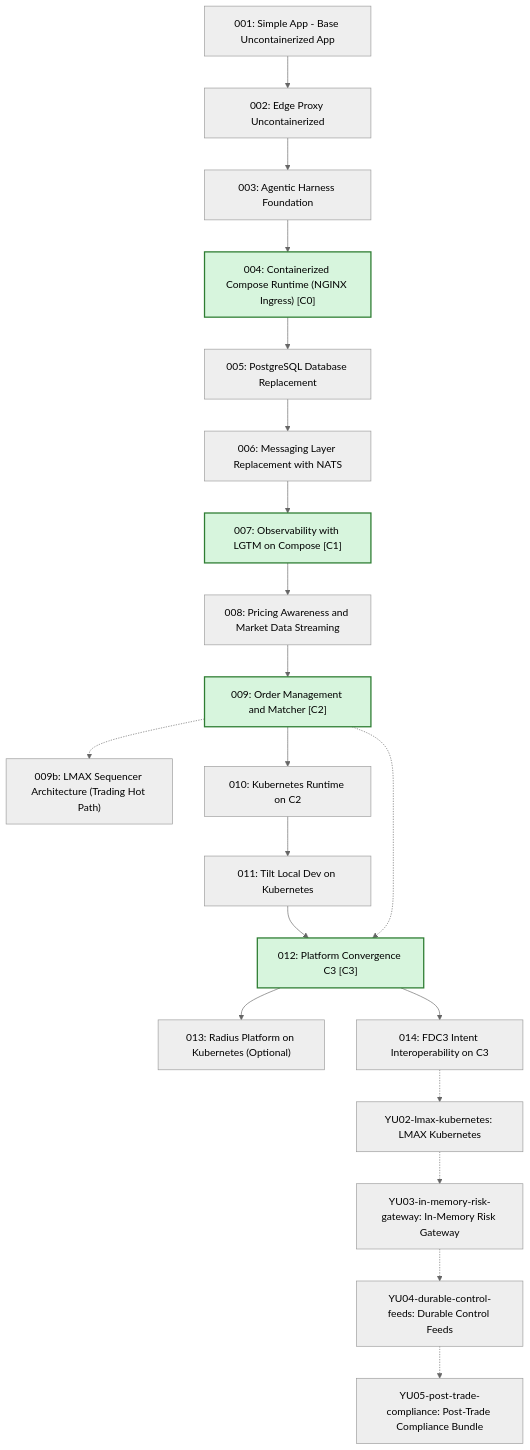
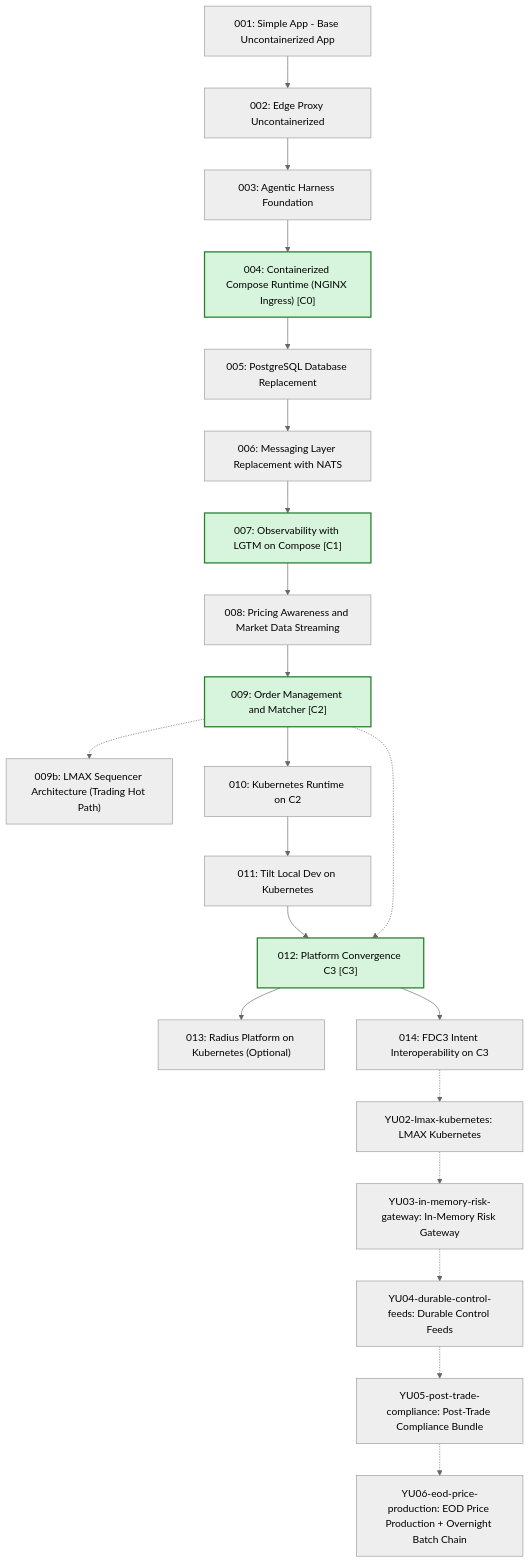
One commit to YU-CS-Summer-2026-Distributed-TraderX/traderX changed the second of 3 diagrams in docs/learning-paths/index.md. Above: the diagram before and after it, drawn with Mermaid (neutral theme). The commit also changed other lines of this file and 16 other files, not shown here.

First line of the commit message:
YU06-eod-price-production: generation wiring + doc sync

````diff
--- a/docs/learning-paths/index.md
+++ b/docs/learning-paths/index.md
@@ -36,65 +36,68 @@
 ```mermaid
 flowchart TB
   S001_baseline_uncontainerized_parity["001: Simple App - Base Uncontainerized App"]
   S002_edge_proxy_uncontainerized["002: Edge Proxy Uncontainerized"]
   S003_agentic_harness_foundation["003: Agentic Harness Foundation"]
   S004_containerized_compose_runtime["004: Containerized Compose Runtime (NGINX Ingress) [C0]"]
   S005_postgres_database_replacement["005: PostgreSQL Database Replacement"]
   S006_messaging_nats_replacement["006: Messaging Layer Replacement with NATS"]
   S007_observability_lgtm_compose["007: Observability with LGTM on Compose [C1]"]
   S008_pricing_awareness_market_data["008: Pricing Awareness and Market Data Streaming"]
   S009_order_management_matcher["009: Order Management and Matcher [C2]"]
   S009b_lmax_sequencer_architecture["009b: LMAX Sequencer Architecture (Trading Hot Path)"]
   S010_kubernetes_runtime["010: Kubernetes Runtime on C2"]
   S011_tilt_kubernetes_dev_loop["011: Tilt Local Dev on Kubernetes"]
   S012_platform_convergence_c3["012: Platform Convergence C3 [C3]"]
   S013_radius_kubernetes_platform["013: Radius Platform on Kubernetes (Optional)"]
   S014_fdc3_intent_interoperability["014: FDC3 Intent Interoperability on C3"]
   SYU02_lmax_kubernetes["YU02-lmax-kubernetes: LMAX Kubernetes"]
   SYU03_in_memory_risk_gateway["YU03-in-memory-risk-gateway: In-Memory Risk Gateway"]
   SYU04_durable_control_feeds["YU04-durable-control-feeds: Durable Control Feeds"]
   SYU05_post_trade_compliance["YU05-post-trade-compliance: Post-Trade Compliance Bundle"]
+  SYU06_eod_price_production["YU06-eod-price-production: EOD Price Production + Overnight Batch Chain"]
   S001_baseline_uncontainerized_parity --> S002_edge_proxy_uncontainerized
   S002_edge_proxy_uncontainerized --> S003_agentic_harness_foundation
   S003_agentic_harness_foundation --> S004_containerized_compose_runtime
   S004_containerized_compose_runtime --> S005_postgres_database_replacement
   S005_postgres_database_replacement --> S006_messaging_nats_replacement
   S006_messaging_nats_replacement --> S007_observability_lgtm_compose
   S007_observability_lgtm_compose --> S008_pricing_awareness_market_data
   S008_pricing_awareness_market_data --> S009_order_management_matcher
   S009_order_management_matcher -.-> S009b_lmax_sequencer_architecture
   S009_order_management_matcher --> S010_kubernetes_runtime
   S010_kubernetes_runtime --> S011_tilt_kubernetes_dev_loop
   S011_tilt_kubernetes_dev_loop --> S012_platform_convergence_c3
   S012_platform_convergence_c3 --> S013_radius_kubernetes_platform
   S012_platform_convergence_c3 --> S014_fdc3_intent_interoperability
   S014_fdc3_intent_interoperability -.-> SYU02_lmax_kubernetes
   SYU02_lmax_kubernetes -.-> SYU03_in_memory_risk_gateway
   SYU03_in_memory_risk_gateway -.-> SYU04_durable_control_feeds
   SYU04_durable_control_feeds -.-> SYU05_post_trade_compliance
+  SYU05_post_trade_compliance -.-> SYU06_eod_price_production
   S009_order_management_matcher -.-> S012_platform_convergence_c3
   click S001_baseline_uncontainerized_parity href "/specs/baseline-uncontainerized-parity" "Open State 001 Spec Pack"
   click S002_edge_proxy_uncontainerized href "/specs/edge-proxy-uncontainerized" "Open State 002 Spec Pack"
   click S003_agentic_harness_foundation href "/specs/agentic-harness-foundation" "Open State 003 Spec Pack"
   click S004_containerized_compose_runtime href "/specs/containerized-compose-runtime" "Open State 004 Spec Pack"
   click S005_postgres_database_replacement href "/specs/postgres-database-replacement" "Open State 005 Spec Pack"
   click S006_messaging_nats_replacement href "/specs/messaging-nats-replacement" "Open State 006 Spec Pack"
   click S007_observability_lgtm_compose href "/specs/observability-lgtm-compose" "Open State 007 Spec Pack"
   click S008_pricing_awareness_market_data href "/specs/pricing-awareness-market-data" "Open State 008 Spec Pack"
   click S009_order_management_matcher href "/specs/order-management-matcher" "Open State 009 Spec Pack"
   click S009b_lmax_sequencer_architecture href "/specs/lmax-sequencer-architecture" "Open State 009b Spec Pack"
   click S010_kubernetes_runtime href "/specs/kubernetes-runtime" "Open State 010 Spec Pack"
   click S011_tilt_kubernetes_dev_loop href "/specs/tilt-kubernetes-dev-loop" "Open State 011 Spec Pack"
   click S012_platform_convergence_c3 href "/specs/platform-convergence-c3" "Open State 012 Spec Pack"
   click S013_radius_kubernetes_platform href "/specs/radius-kubernetes-platform" "Open State 013 Spec Pack"
   click S014_fdc3_intent_interoperability href "/specs/fdc3-intent-interoperability" "Open State 014 Spec Pack"
   click SYU02_lmax_kubernetes href "/specs/YU02-lmax-kubernetes" "Open State YU02-lmax-kubernetes Spec Pack"
   click SYU03_in_memory_risk_gateway href "/specs/YU03-in-memory-risk-gateway" "Open State YU03-in-memory-risk-gateway Spec Pack"
   click SYU04_durable_control_feeds href "/specs/YU04-durable-control-feeds" "Open State YU04-durable-control-feeds Spec Pack"
   click SYU05_post_trade_compliance href "/specs/YU05-post-trade-compliance" "Open State YU05-post-trade-compliance Spec Pack"
+  click SYU06_eod_price_production href "/specs/YU06-eod-price-production" "Open State YU06-eod-price-production Spec Pack"
   classDef convergence fill:#d7f5dd,stroke:#2e7d32,stroke-width:2px
   class S004_containerized_compose_runtime convergence
   class S007_observability_lgtm_compose convergence
   class S009_order_management_matcher convergence
   class S012_platform_convergence_c3 convergence
 ```
````
